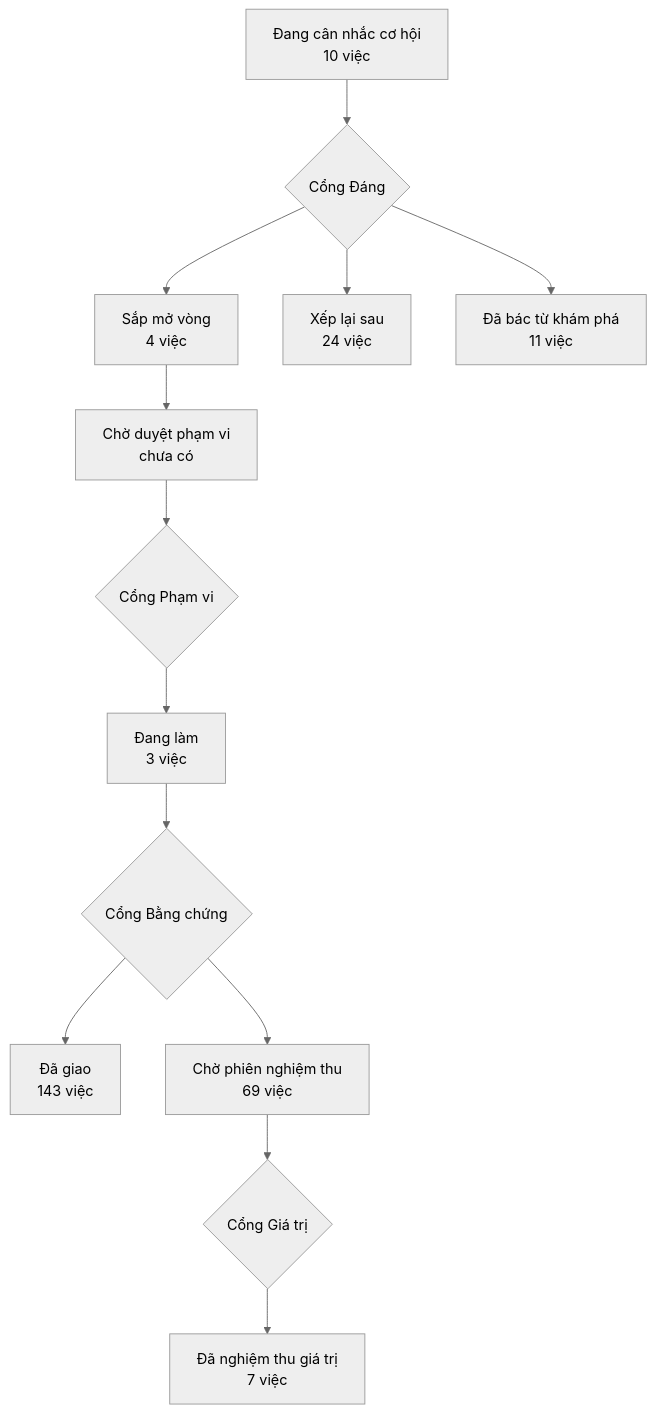
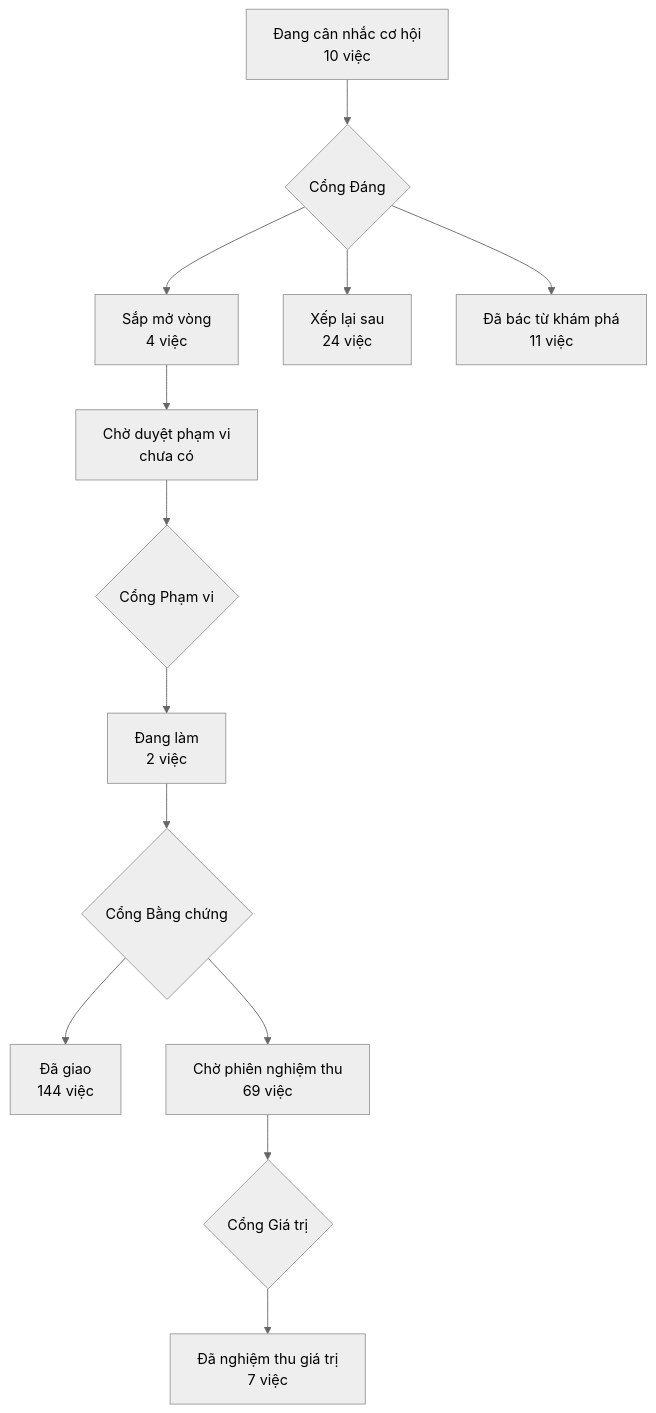
One commit to phanlemanh/acceptance-gate-kit changed the diagram in PRODUCT-MAP.md. Above: the diagram before and after it, drawn with Mermaid (neutral theme). The commit also changed other lines of this file and 2 other files, not shown here.

Commit message:
release(2.38.0): làn V — machine-cleared (xanh-sạch đủ sáu điều kiện, không khó-đảo), cửa veto mở
Chủ kho trả lời thẻ Cổng Bằng chứng nguyên văn: «cắt/hoãn: đồng ý cắt; Treo: phê hết; đi tiếp hay kéo lại: đi tiếp»
— không có «Ký», nên đọc theo khối GATE-ONESHOT-LAN-V: đi tiếp, không ghi chữ ký người (tiền lệ release-2-26-0).

````diff
--- a/PRODUCT-MAP.md
+++ b/PRODUCT-MAP.md
@@ -7,12 +7,12 @@
 ```mermaid
 flowchart TD
   A["Đang cân nhắc cơ hội<br/>10 việc"] --> GD{"Cổng Đáng"}
   GD --> B["Sắp mở vòng<br/>4 việc"]
   GD --> XL["Xếp lại sau<br/>24 việc"]
   GD --> DB["Đã bác từ khám phá<br/>11 việc"]
   B --> CD["Chờ duyệt phạm vi<br/>chưa có"] --> GP{"Cổng Phạm vi"}
-  GP --> DL["Đang làm<br/>3 việc"] --> GB{"Cổng Bằng chứng"}
-  GB --> DG["Đã giao<br/>143 việc"]
+  GP --> DL["Đang làm<br/>2 việc"] --> GB{"Cổng Bằng chứng"}
+  GB --> DG["Đã giao<br/>144 việc"]
   GB --> CN["Chờ phiên nghiệm thu<br/>69 việc"] --> GG{"Cổng Giá trị"}
   GG --> NT["Đã nghiệm thu giá trị<br/>7 việc"]
 ```
````
